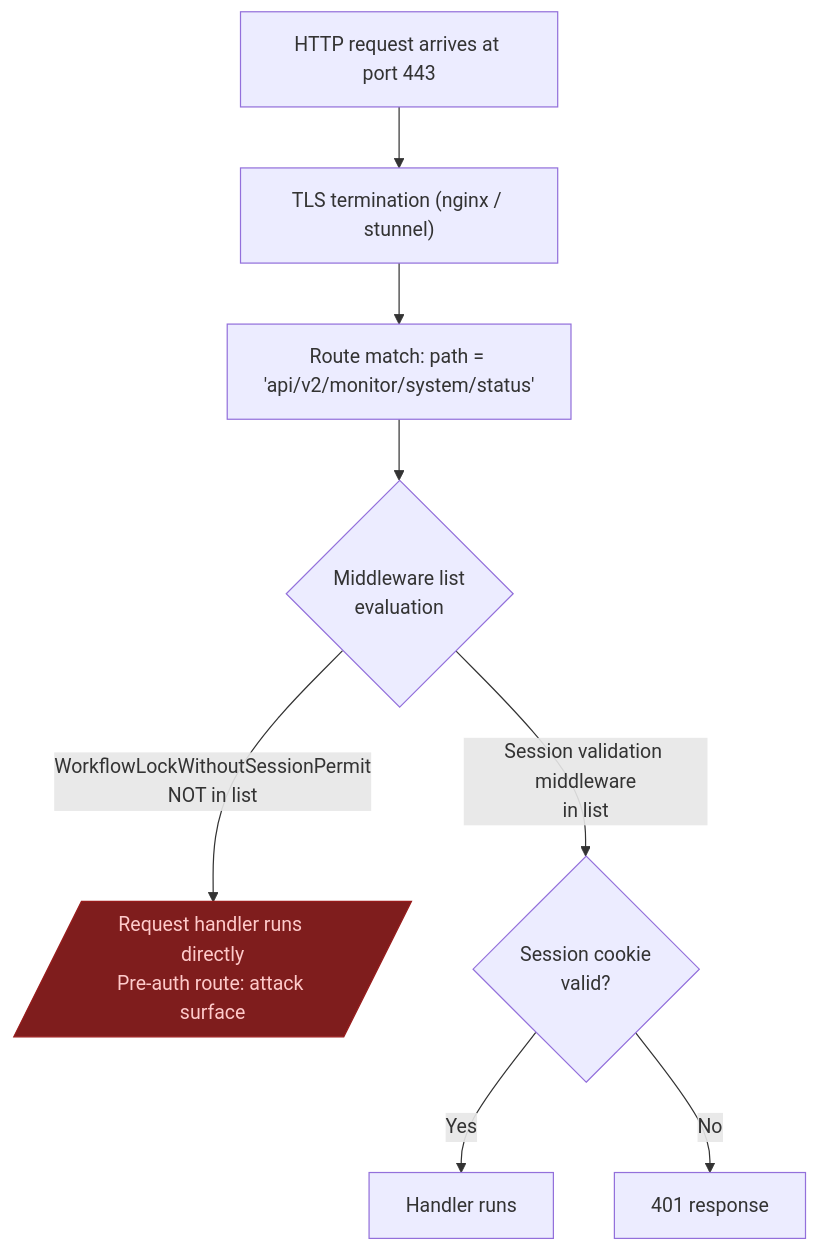
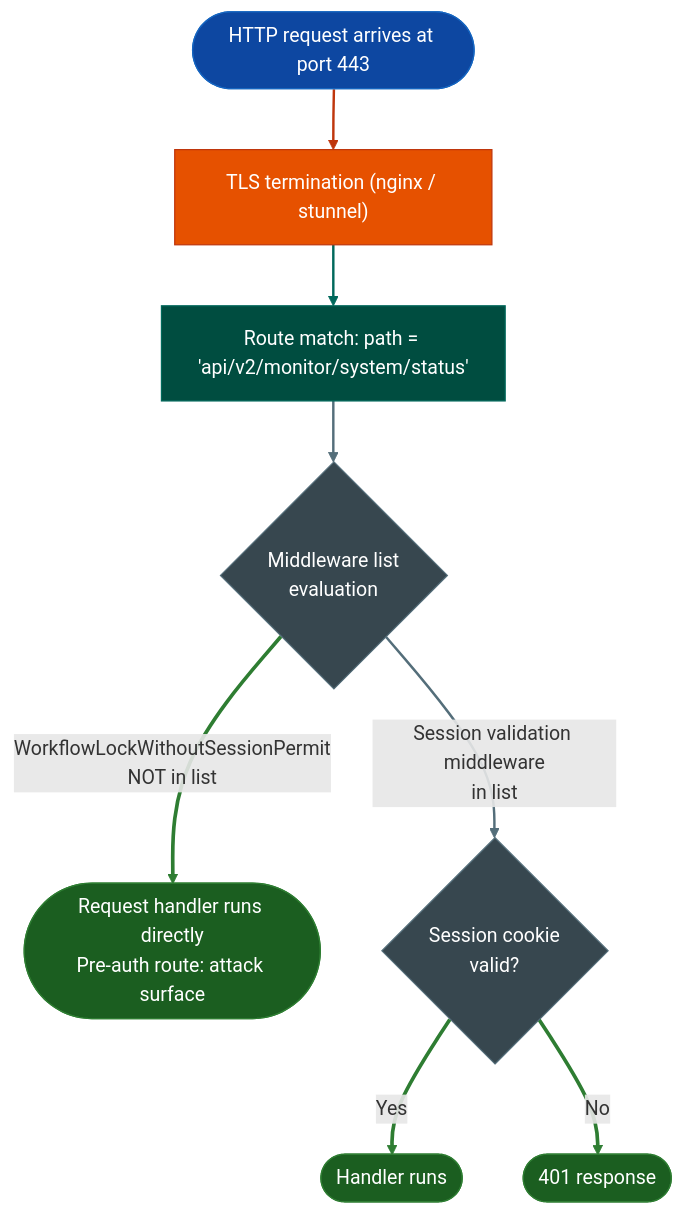
The second of 2 diagrams in docs/reference-modules/preauth-exposure.md (Ablation-Tool/ablation), drawn with Mermaid before and after one commit. The commit also changed other lines of this file and 320 other files, not shown here.

First line of the commit message:
docs: apply canonical Mermaid template to all 321 diagrams

````diff
--- a/docs/reference-modules/preauth-exposure.md
+++ b/docs/reference-modules/preauth-exposure.md
@@ -42,14 +52,25 @@
 ```mermaid
 flowchart TD
-    A["HTTP request arrives at port 443"] --> B["TLS termination (nginx / stunnel)"]
-    B --> C["Route match: path = 'api/v2/monitor/system/status'"]
-    C --> D{"Middleware list\nevaluation"}
+    A(["HTTP request arrives at port 443"]):::input --> B["TLS termination (nginx / stunnel)"]:::primary
+    B:::primary --> C["Route match: path = 'api/v2/monitor/system/status'"]:::secondary
+    C:::secondary --> D{"Middleware list\nevaluation"}:::neutral
 
-    D -->|"WorkflowLockWithoutSessionPermit\nNOT in list"| E[/"Request handler runs directly\nPre-auth route: attack surface"/]
-    D -->|"Session validation middleware\nin list"| F{"Session cookie\nvalid?"}
+    D:::neutral -->|"WorkflowLockWithoutSessionPermit\nNOT in list"| E(["Request handler runs directly\nPre-auth route: attack surface"]):::output
+    D:::neutral -->|"Session validation middleware\nin list"| F{"Session cookie\nvalid?"}:::neutral
 
-    F -->|Yes| G["Handler runs"]
-    F -->|No| H["401 response"]
-
-    style E fill:#7f1d1d,stroke:#991b1b,color:#fecaca
+    F:::neutral -->|Yes| G(["Handler runs"]):::output
+    F:::neutral -->|No| H(["401 response"]):::output
+    classDef input     fill:#0d47a1,stroke:#1565c0,color:#fff
+    classDef primary   fill:#e65100,stroke:#bf360c,color:#fff
+    classDef secondary fill:#004d40,stroke:#00695c,color:#fff
+    classDef tertiary  fill:#4a148c,stroke:#6a1b9a,color:#fff
+    classDef neutral   fill:#37474f,stroke:#546e7a,color:#fff
+    classDef output    fill:#1b5e20,stroke:#2e7d32,color:#fff
+    linkStyle 0 stroke:#bf360c,stroke-width:2px
+    linkStyle 1 stroke:#00695c,stroke-width:2px
+    linkStyle 2 stroke:#546e7a,stroke-width:2px
+    linkStyle 3 stroke:#2e7d32,stroke-width:3px
+    linkStyle 4 stroke:#546e7a,stroke-width:2px
+    linkStyle 5 stroke:#2e7d32,stroke-width:3px
+    linkStyle 6 stroke:#2e7d32,stroke-width:3px
 ```
````
